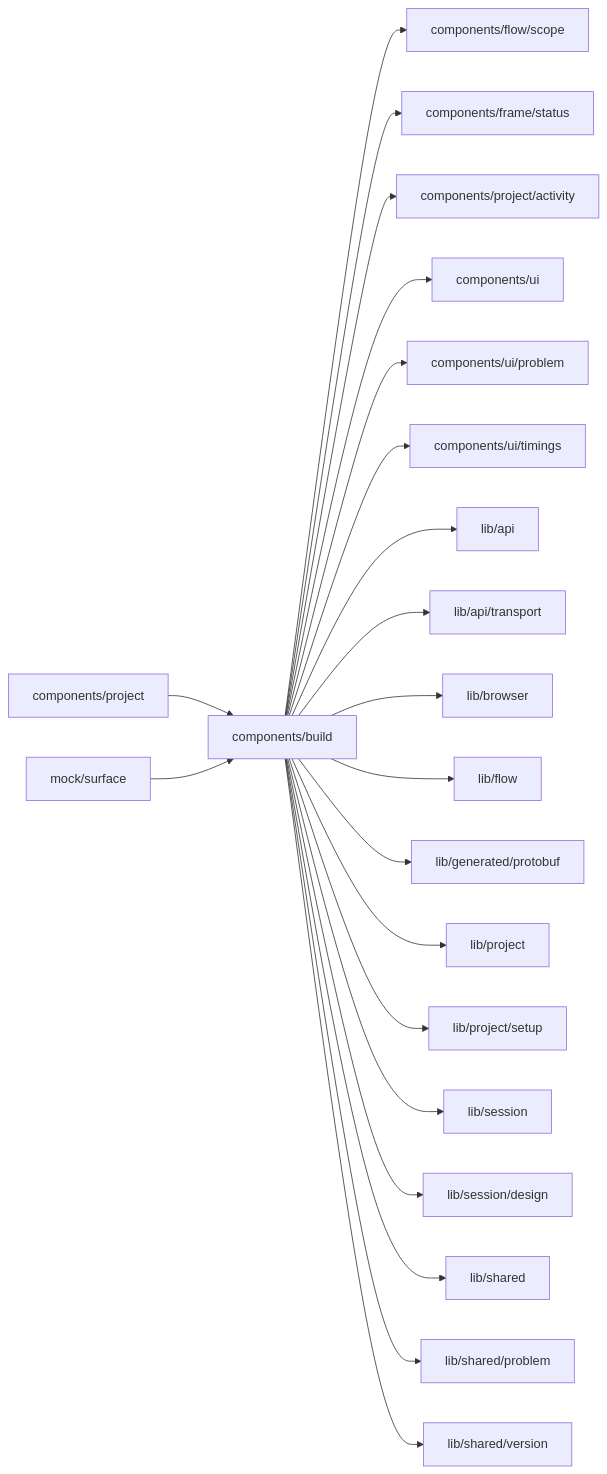
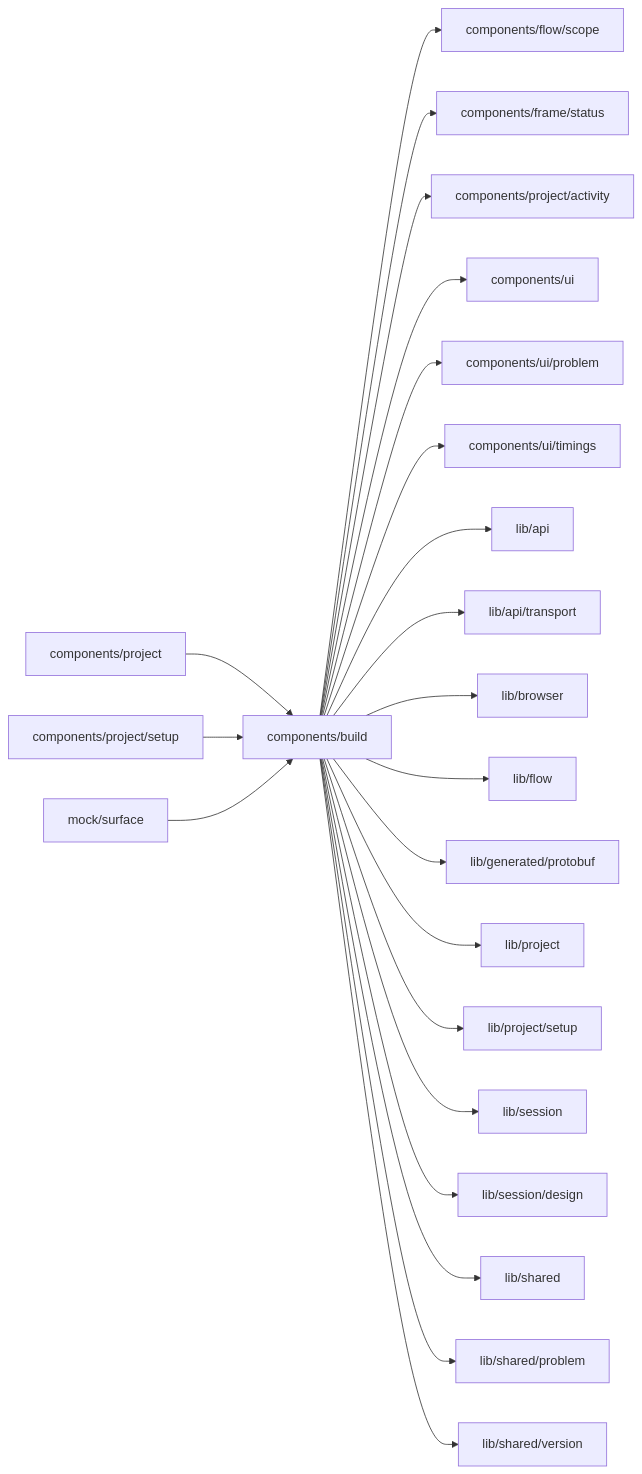
One commit to superdurable/superverse changed the diagram in web/studio/components/build/README.md. Above: the diagram before and after it, drawn with Mermaid. The commit also changed other lines of this file and 47 other files, not shown here.

````diff
--- a/web/studio/components/build/README.md
+++ b/web/studio/components/build/README.md
@@ -10,24 +10,25 @@
 ```mermaid
 flowchart LR
   self["components/build"]
   c0["components/project"] --> self
-  c1["mock/surface"] --> self
+  c1["components/project/setup"] --> self
+  c2["mock/surface"] --> self
   self --> d0["components/flow/scope"]
   self --> d1["components/frame/status"]
   self --> d2["components/project/activity"]
   self --> d3["components/ui"]
   self --> d4["components/ui/problem"]
   self --> d5["components/ui/timings"]
   self --> d6["lib/api"]
   self --> d7["lib/api/transport"]
   self --> d8["lib/browser"]
   self --> d9["lib/flow"]
   self --> d10["lib/generated/protobuf"]
   self --> d11["lib/project"]
   self --> d12["lib/project/setup"]
   self --> d13["lib/session"]
   self --> d14["lib/session/design"]
   self --> d15["lib/shared"]
   self --> d16["lib/shared/problem"]
   self --> d17["lib/shared/version"]
 ```
````
